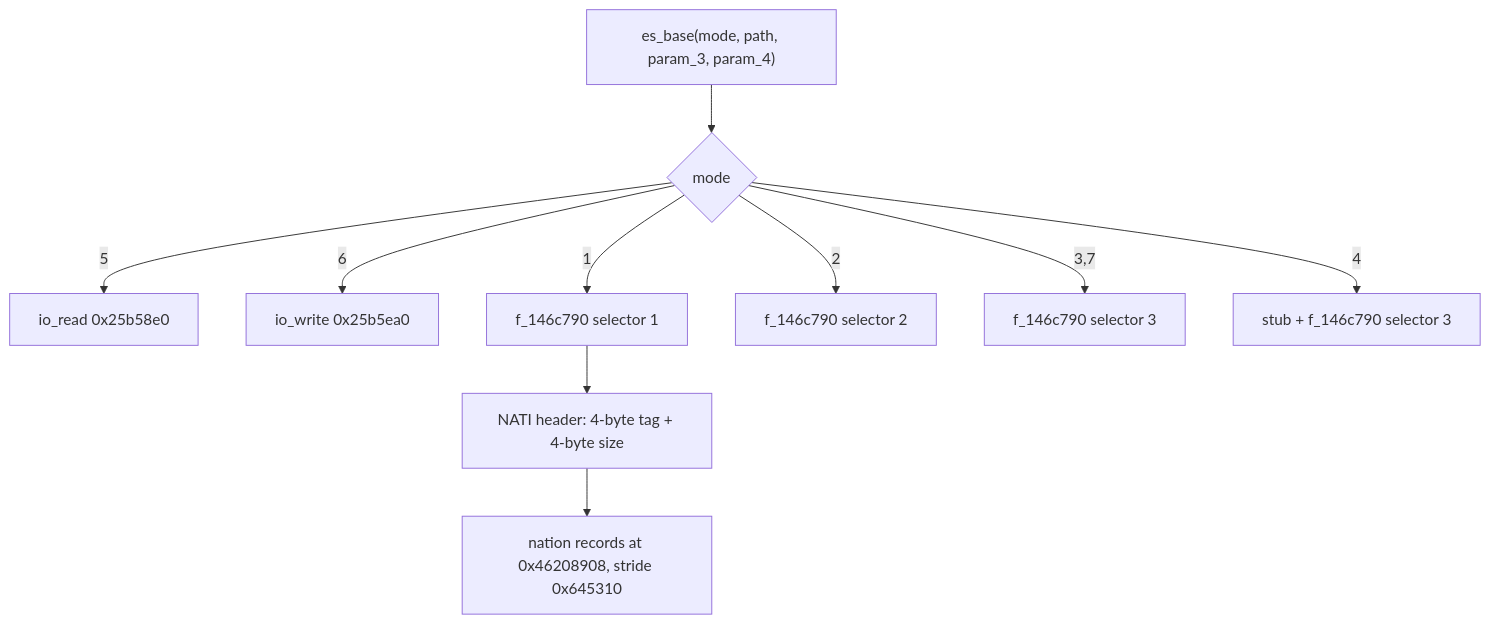
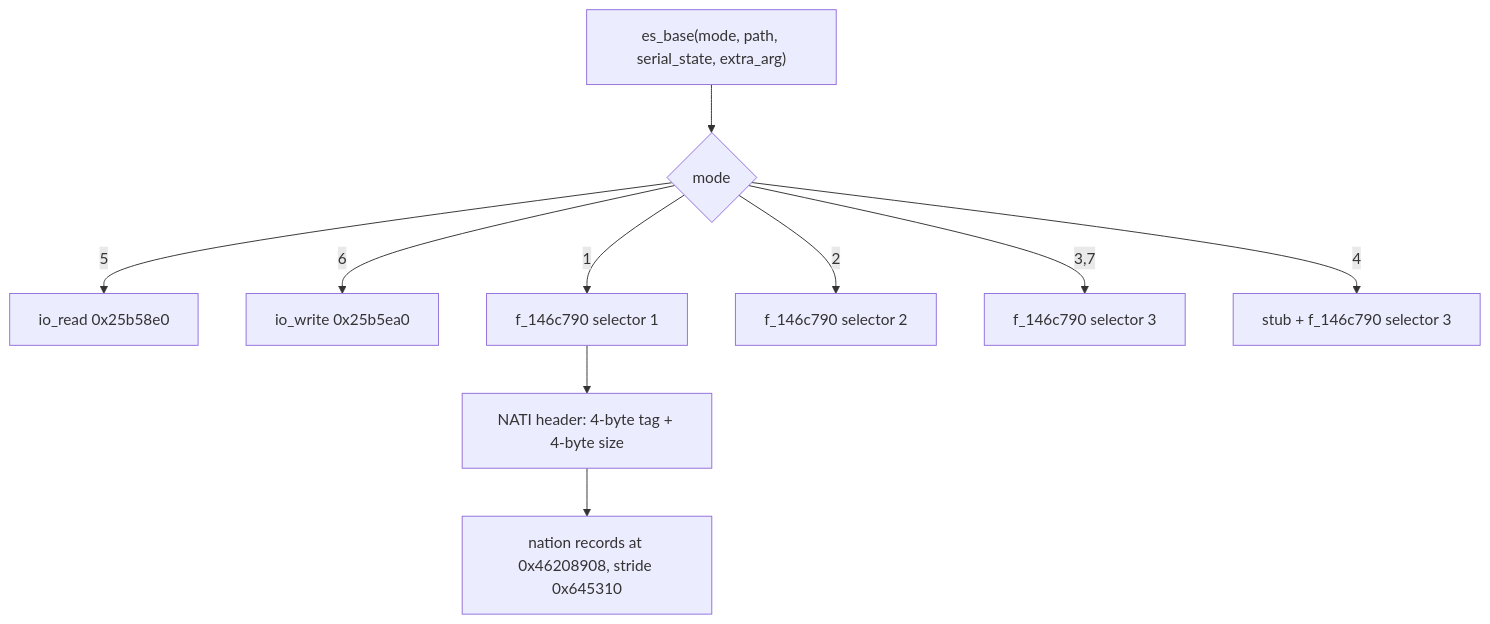
Before and after one commit to CthulhuOnIce/GPS-Docs: the fourth of 4 diagrams in 01_SIMULATION_CORE.md, drawn with Mermaid. The commit also changed other lines of this file and 2 other files, not shown here.

````diff
--- a/01_SIMULATION_CORE.md
+++ b/01_SIMULATION_CORE.md
@@ -589,12 +544,12 @@
 ```mermaid
 flowchart TD
-    A["es_base(mode, path, param_3, param_4)"] --> B{"mode"}
+    A["es_base(mode, path, serial_state, extra_arg)"] --> B{"mode"}
     B -->|5| R["io_read 0x25b58e0"]
     B -->|6| W["io_write 0x25b5ea0"]
     B -->|1| F1["f_146c790 selector 1"]
     B -->|2| F2["f_146c790 selector 2"]
     B -->|3,7| F3["f_146c790 selector 3"]
     B -->|4| F4["stub + f_146c790 selector 3"]
     F1 --> H["NATI header: 4-byte tag + 4-byte size"]
     H --> N["nation records at 0x46208908, stride 0x645310"]
 ```
````
